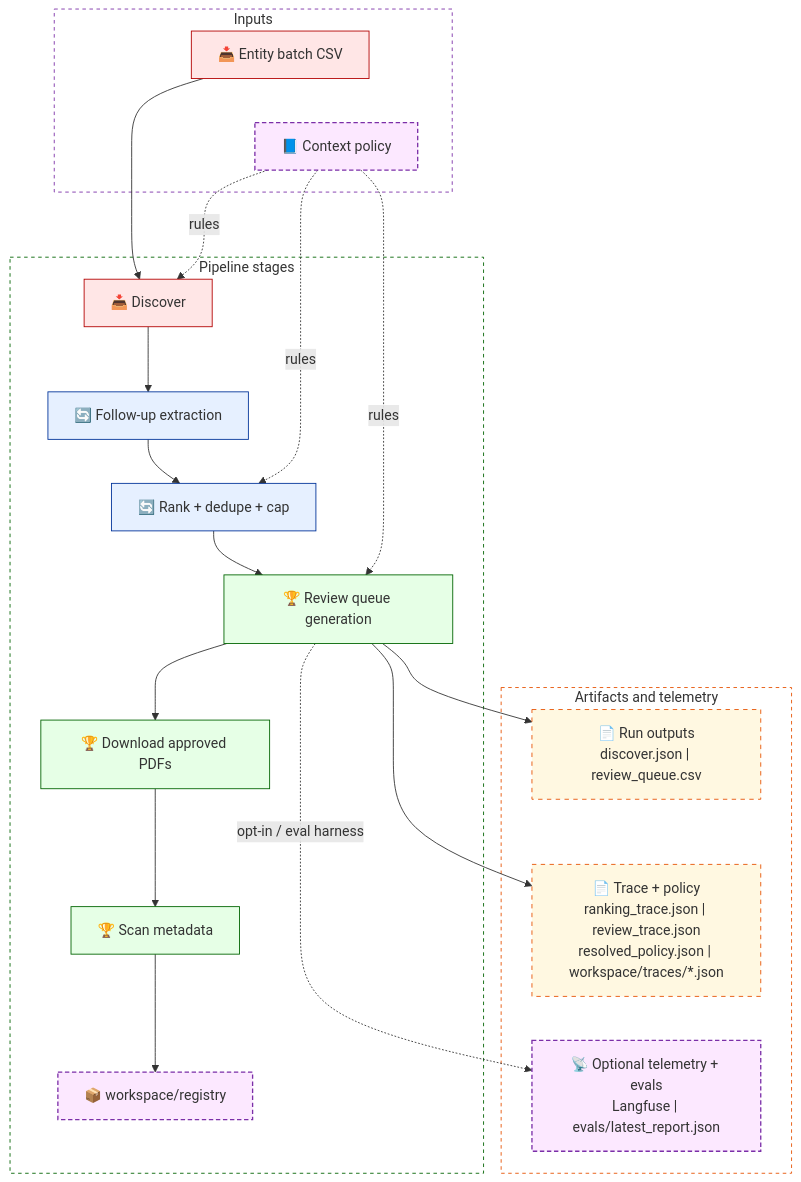
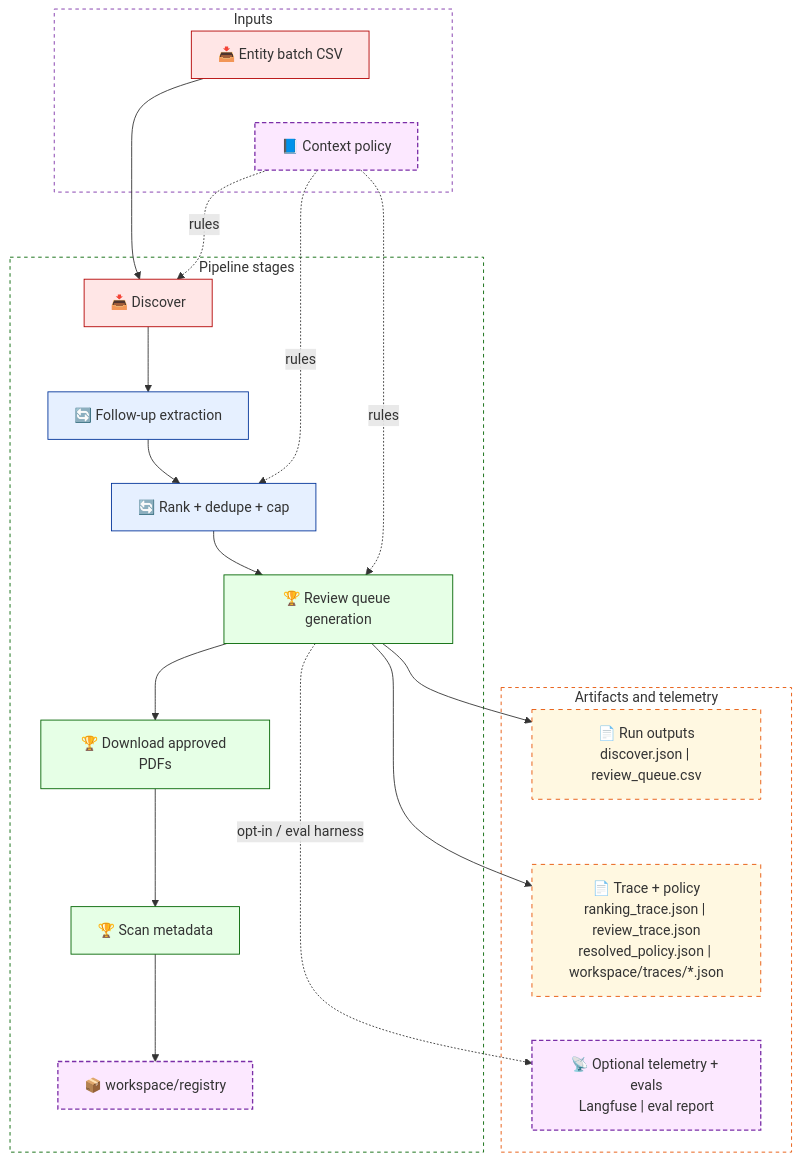
Before and after one commit to tinnluo/document-acquisition-workbench: the first of 2 diagrams in README.md, drawn with Mermaid. The commit also changed other lines of this file and 12 other files, not shown here.

````diff
--- a/README.md
+++ b/README.md
@@ -23,59 +23,59 @@
 ```mermaid
 graph TD
 
 subgraph INPUTS["Inputs"]
   E["📥 Entity batch CSV"]:::bronze
   P["📘 Context policy"]:::external
 end
 
 subgraph PIPE["Pipeline stages"]
   D["📥 Discover"]:::bronze
   F["🔄 Follow-up extraction"]:::silver
   R["🔄 Rank + dedupe + cap"]:::silver
   Q["🏆 Review queue generation"]:::golden
   DL["🏆 Download approved PDFs"]:::golden
   SC["🏆 Scan metadata"]:::golden
   RG["📦 workspace/registry"]:::external
 end
 
 subgraph OUTPUTS["Artifacts and telemetry"]
   O1["📄 Run outputs<br/>discover.json | review_queue.csv"]:::artifact
   O2["📄 Trace + policy<br/>ranking_trace.json | review_trace.json<br/>resolved_policy.json | workspace/traces/*.json"]:::artifact
-  O3["📡 Optional telemetry + evals<br/>Langfuse | evals/latest_report.json"]:::external
+  O3["📡 Optional telemetry + evals<br/>Langfuse | eval report"]:::external
 end
 
 E --> P
 O1 --> O2
 O2 --> O3
 D --> F --> R --> Q --> DL --> SC --> RG
 E --> D
 P -. "rules" .-> D
 P -. "rules" .-> R
 P -. "rules" .-> Q
 Q --> O1
 Q --> O2
 Q -. "opt-in / eval harness" .-> O3
 
 classDef bronze fill:#ffe6e6,stroke:#b30000,stroke-width:1px
 classDef silver fill:#e6f0ff,stroke:#003399,stroke-width:1px
 classDef golden fill:#e6ffe6,stroke:#006400,stroke-width:1px
 classDef external fill:#fce8ff,stroke:#7b2fa8,stroke-width:1.5px,stroke-dasharray:5 3
 classDef artifact fill:#fff8e1,stroke:#e65100,stroke-width:1px,stroke-dasharray:5 5
 
 style E fill:#ffe6e6,stroke:#b30000,stroke-width:1px
 style P fill:#fce8ff,stroke:#7b2fa8,stroke-width:1.5px,stroke-dasharray:5 3
 style D fill:#ffe6e6,stroke:#b30000,stroke-width:1px
 style F fill:#e6f0ff,stroke:#003399,stroke-width:1px
 style R fill:#e6f0ff,stroke:#003399,stroke-width:1px
 style Q fill:#e6ffe6,stroke:#006400,stroke-width:1px
 style DL fill:#e6ffe6,stroke:#006400,stroke-width:1px
 style SC fill:#e6ffe6,stroke:#006400,stroke-width:1px
 style RG fill:#fce8ff,stroke:#7b2fa8,stroke-width:1.5px,stroke-dasharray:5 3
 style O1 fill:#fff8e1,stroke:#e65100,stroke-width:1px,stroke-dasharray:5 5
 style O2 fill:#fff8e1,stroke:#e65100,stroke-width:1px,stroke-dasharray:5 5
 style O3 fill:#fce8ff,stroke:#7b2fa8,stroke-width:1.5px,stroke-dasharray:5 3
 style INPUTS fill:transparent,stroke:#7b2fa8,stroke-width:1px,stroke-dasharray:4 4
 style PIPE fill:transparent,stroke:#006400,stroke-width:1px,stroke-dasharray:4 4
 style OUTPUTS fill:transparent,stroke:#e65100,stroke-width:1px,stroke-dasharray:4 4
 linkStyle 0,1,2 stroke:transparent,fill:none
 ```
````
